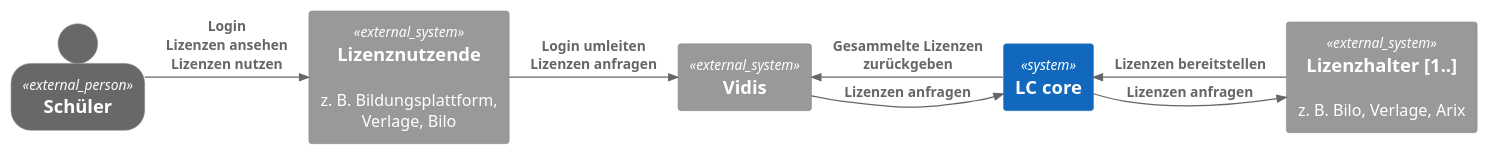
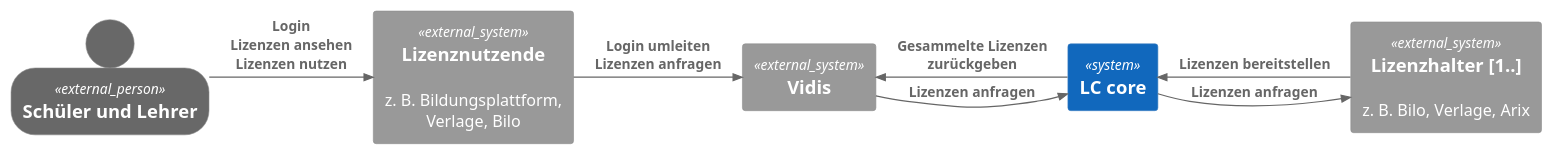
The diagram in doc/c4/context.puml (FWU-DE/licence-connect), drawn with PlantUML before and after one commit. The commit also changed 172 other files, not shown here.

```diff
--- a/doc/c4/context.puml
+++ b/doc/c4/context.puml
@@ -1,27 +1,27 @@
 @startuml C4_Elements
 !include <C4/C4_Container>
 SHOW_PERSON_OUTLINE()
 
 
-Person_Ext(student, "Schüler", "")
+Person_Ext(student, "Schüler und Lehrer", "")
 
 System_Ext(ln, "Lizenznutzende", "z. B. Bildungsplattform, Verlage, Bilo")
 
 System_Ext(vidis, "Vidis", "")
 
 System(lc, "LC core", "")
 
 System_Ext(lh, "Lizenzhalter [1..]", "z. B. Bilo, Verlage, Arix")
 
 
 Rel_R(student, ln, "Login\nLizenzen ansehen\nLizenzen nutzen", "")
 
 Rel_R(ln, vidis, "Login umleiten\nLizenzen anfragen", "")
 
 Rel_R(vidis, lc, "Lizenzen anfragen", "")
 Rel_L(lc, vidis, "Gesammelte Lizenzen zurückgeben", "")
 
 Rel_R(lc, lh, "Lizenzen anfragen","")
 Rel_L(lh, lc, "Lizenzen bereitstellen", "")
 
 @enduml
```
